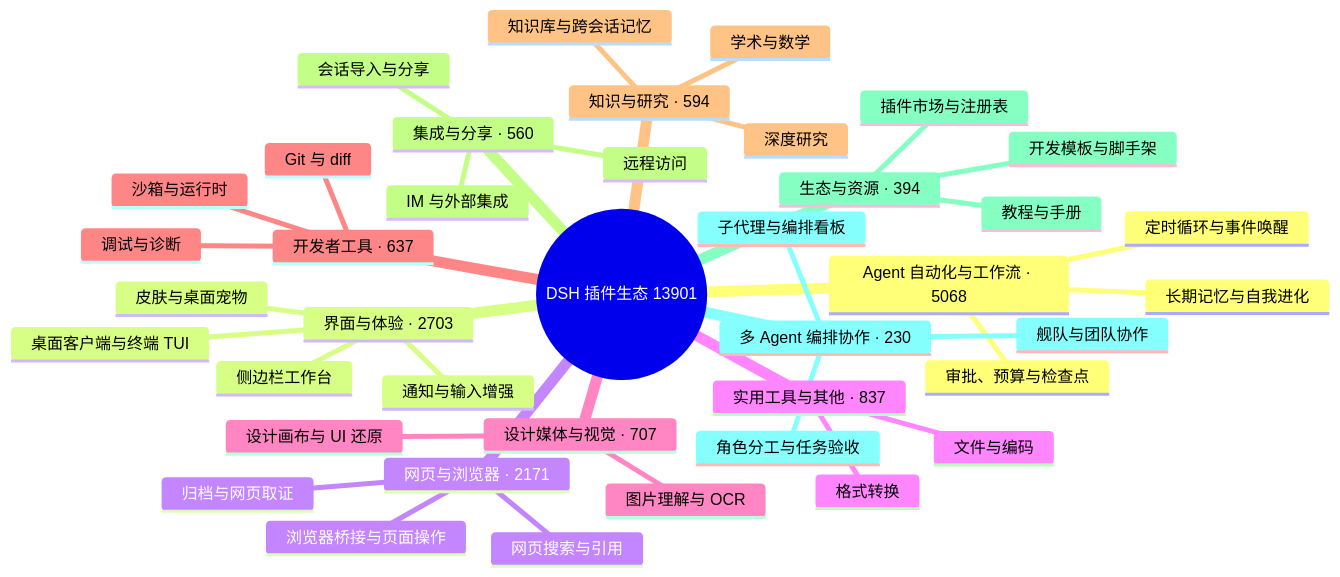
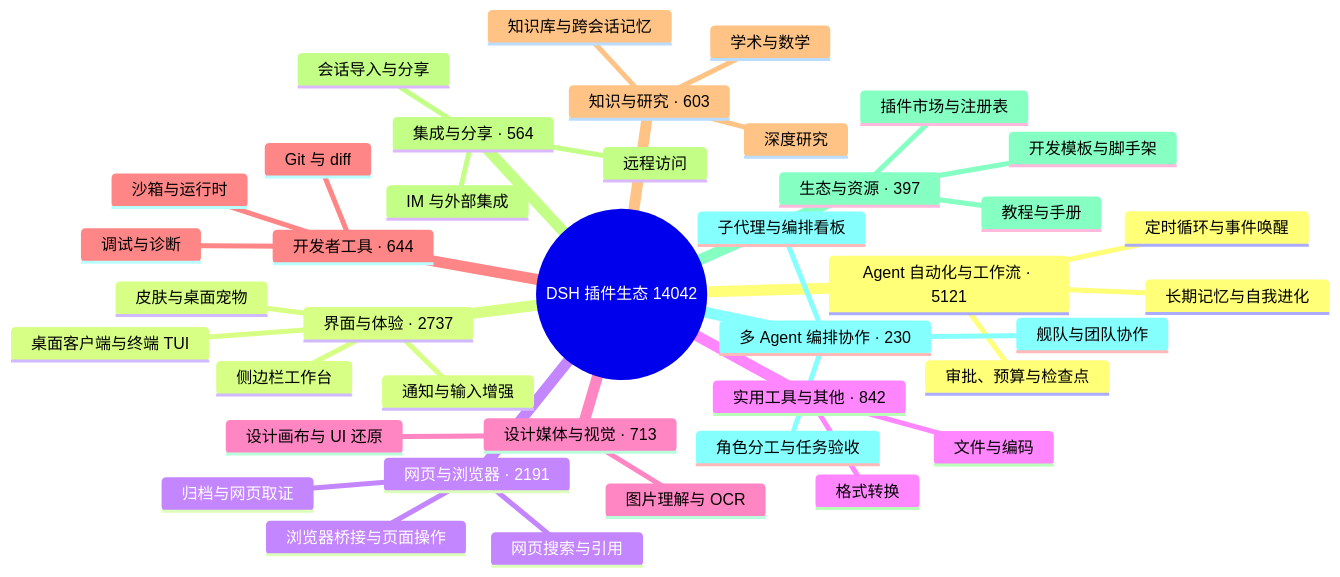
Before and after one commit to bruc3van/awesome-dsh-plugin: the diagram in README.md, drawn with Mermaid. The commit also changed other lines of this file and 21 other files, not shown here.

````diff
--- a/README.md
+++ b/README.md
@@ -16,43 +16,43 @@
 ```mermaid
 mindmap
-  root((DSH 插件生态 13901))
-    Agent 自动化与工作流 · 5068
+  root((DSH 插件生态 14042))
+    Agent 自动化与工作流 · 5121
       定时循环与事件唤醒
       长期记忆与自我进化
       审批、预算与检查点
-    界面与体验 · 2703
+    界面与体验 · 2737
       桌面客户端与终端 TUI
       侧边栏工作台
       皮肤与桌面宠物
       通知与输入增强
-    网页与浏览器 · 2171
+    网页与浏览器 · 2191
       浏览器桥接与页面操作
       网页搜索与引用
       归档与网页取证
-    实用工具与其他 · 837
+    实用工具与其他 · 842
       文件与编码
       格式转换
-    设计媒体与视觉 · 707
+    设计媒体与视觉 · 713
       图片理解与 OCR
       设计画布与 UI 还原
-    开发者工具 · 637
+    开发者工具 · 644
       Git 与 diff
       沙箱与运行时
       调试与诊断
-    知识与研究 · 594
+    知识与研究 · 603
       知识库与跨会话记忆
       深度研究
       学术与数学
-    集成与分享 · 560
+    集成与分享 · 564
       会话导入与分享
       远程访问
       IM 与外部集成
-    生态与资源 · 394
+    生态与资源 · 397
       插件市场与注册表
       开发模板与脚手架
       教程与手册
     多 Agent 编排协作 · 230
       子代理与编排看板
       舰队与团队协作
       角色分工与任务验收
 ```
````
